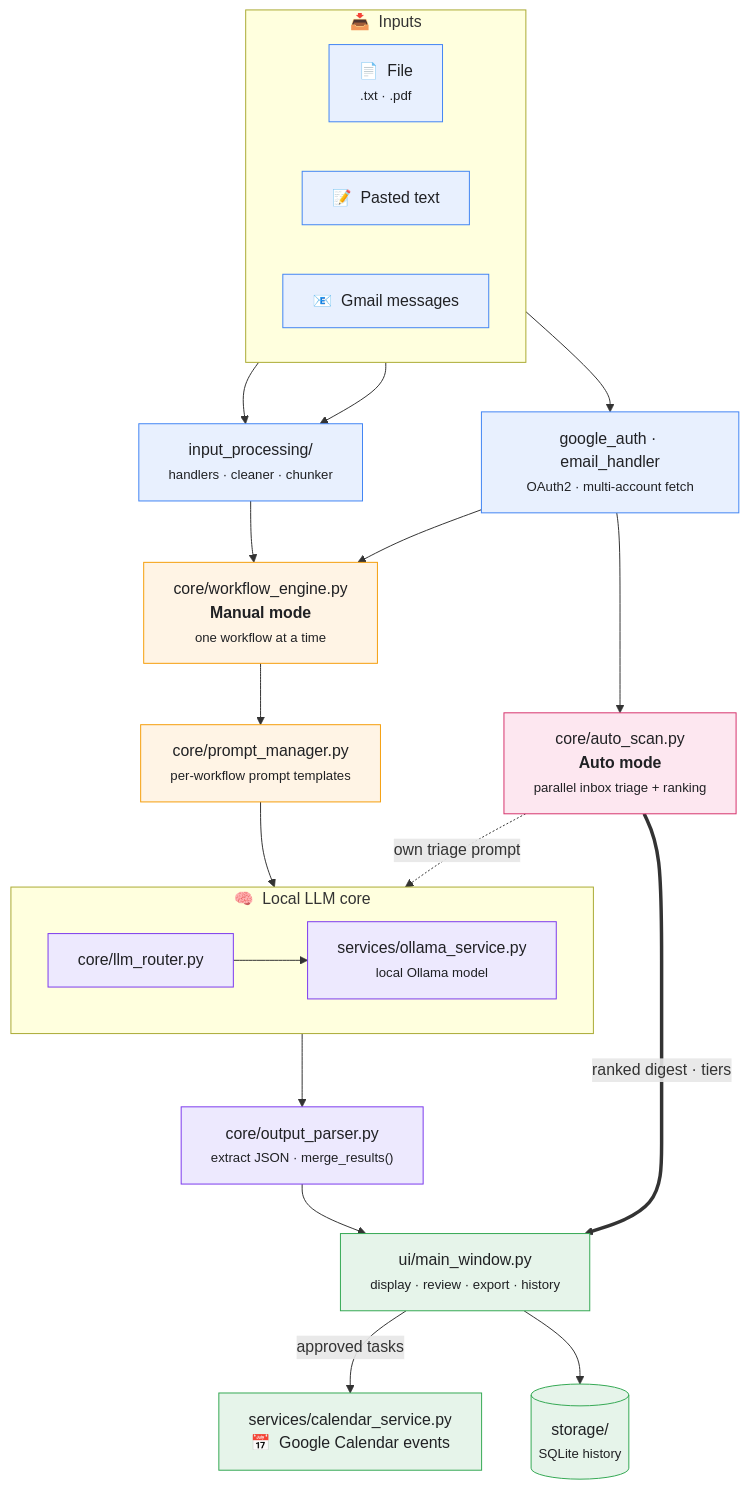
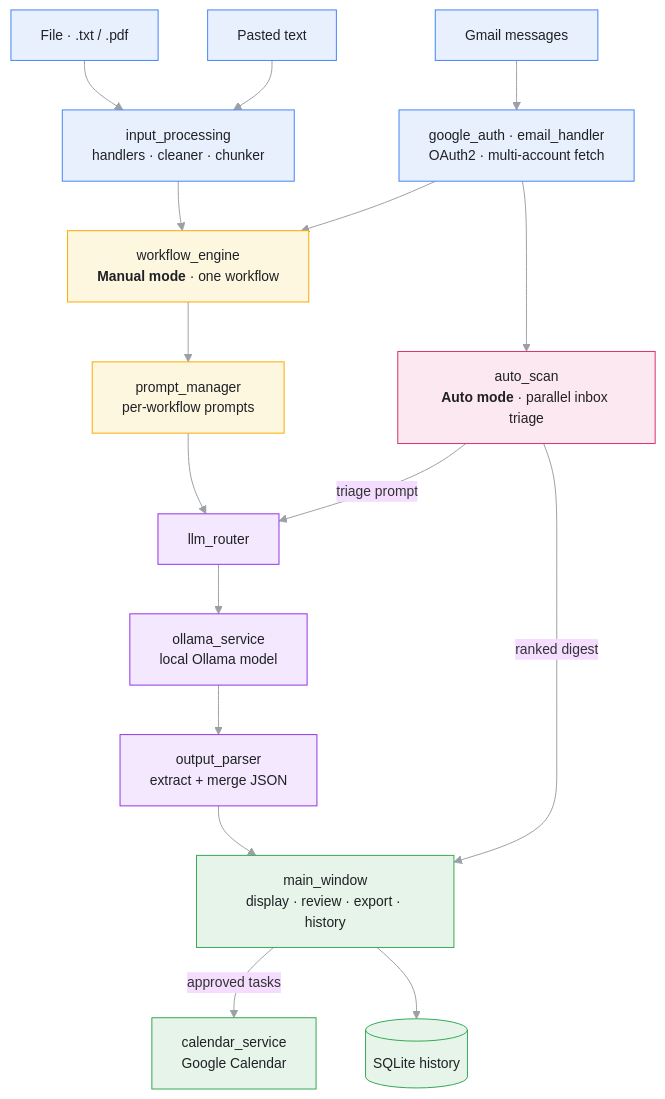
Before and after one commit to SaixAbhinav/Workflow_copilot: the diagram in README.md, drawn with Mermaid. The commit also changed other lines of this file, not shown here.

Commit message:
Redesign architecture diagram: cleaner layout, Segoe UI font

````diff
--- a/README.md
+++ b/README.md
@@ -122,45 +122,52 @@
 ```mermaid
+%%{init: {'theme':'base','themeVariables':{'fontFamily':'Segoe UI, Helvetica, Arial, sans-serif','fontSize':'14px','lineColor':'#9aa0a6','primaryBorderColor':'#cdd2d6'}}}%%
 flowchart TD
-    subgraph IN[" 📥 &nbsp;Inputs "]
-        direction LR
-        F["📄 &nbsp;File<br/><small>.txt · .pdf</small>"]
-        T["📝 &nbsp;Pasted text"]
-        G["📧 &nbsp;Gmail messages"]
-    end
+    F["File · .txt / .pdf"]
+    T["Pasted text"]
+    G["Gmail messages"]
+    IP["input_processing<br/>handlers · cleaner · chunker"]
+    GA["google_auth · email_handler<br/>OAuth2 · multi-account fetch"]
 
-    F & T --> IP["input_processing/<br/><small>handlers · cleaner · chunker</small>"]
-    G --> GA["google_auth · email_handler<br/><small>OAuth2 · multi-account fetch</small>"]
+    F --> IP
+    T --> IP
+    G --> GA
 
-    IP --> WE["core/workflow_engine.py<br/><b>Manual mode</b><br/><small>one workflow at a time</small>"]
+    WE["workflow_engine<br/><b>Manual mode</b> · one workflow"]
+    AS["auto_scan<br/><b>Auto mode</b> · parallel inbox triage"]
+    PM["prompt_manager<br/>per-workflow prompts"]
+
+    IP --> WE
     GA --> WE
-    GA --> AS["core/auto_scan.py<br/><b>Auto mode</b><br/><small>parallel inbox triage + ranking</small>"]
+    GA --> AS
+    WE --> PM
 
-    WE --> PM["core/prompt_manager.py<br/><small>per-workflow prompt templates</small>"]
-
-    subgraph LLM[" 🧠 &nbsp;Local LLM core "]
-        direction LR
-        LR["core/llm_router.py"] --> OS["services/ollama_service.py<br/><small>local Ollama model</small>"]
-    end
+    LR["llm_router"]
+    OS["ollama_service<br/>local Ollama model"]
+    OP["output_parser<br/>extract + merge JSON"]
 
     PM --> LR
-    AS -.->|own triage prompt| LR
-    OS --> OP["core/output_parser.py<br/><small>extract JSON · merge_results()</small>"]
+    AS -->|triage prompt| LR
+    LR --> OS
+    OS --> OP
 
-    OP --> UI["ui/main_window.py<br/><small>display · review · export · history</small>"]
-    AS ==>|ranked digest · tiers| UI
+    UI["main_window<br/>display · review · export · history"]
+    CAL["calendar_service<br/>Google Calendar"]
+    DB[("SQLite history")]
 
-    UI -->|approved tasks| CAL["services/calendar_service.py<br/>📅 &nbsp;Google Calendar events"]
-    UI --> DB[("storage/<br/><small>SQLite history</small>")]
+    OP --> UI
+    AS -->|ranked digest| UI
+    UI -->|approved tasks| CAL
+    UI --> DB
 
-    classDef inputs fill:#e8f0fe,stroke:#4285f4,stroke-width:1px,color:#202124;
-    classDef manual fill:#fff4e5,stroke:#f59e0b,stroke-width:1px,color:#202124;
-    classDef auto fill:#fde7f0,stroke:#d6336c,stroke-width:1px,color:#202124;
-    classDef llm fill:#ede9fe,stroke:#7c3aed,stroke-width:1px,color:#202124;
-    classDef sink fill:#e6f4ea,stroke:#34a853,stroke-width:1px,color:#202124;
+    classDef input fill:#e8f0fe,stroke:#4285f4,color:#202124;
+    classDef manual fill:#fef7e0,stroke:#f9ab00,color:#202124;
+    classDef auto fill:#fce8f0,stroke:#d6336c,color:#202124;
+    classDef llm fill:#f3e8fd,stroke:#9334e6,color:#202124;
+    classDef sink fill:#e6f4ea,stroke:#34a853,color:#202124;
 
-    class F,T,G,IP,GA inputs;
+    class F,T,G,IP,GA input;
     class WE,PM manual;
     class AS auto;
     class LR,OS,OP llm;
     class UI,CAL,DB sink;
 ```
````
